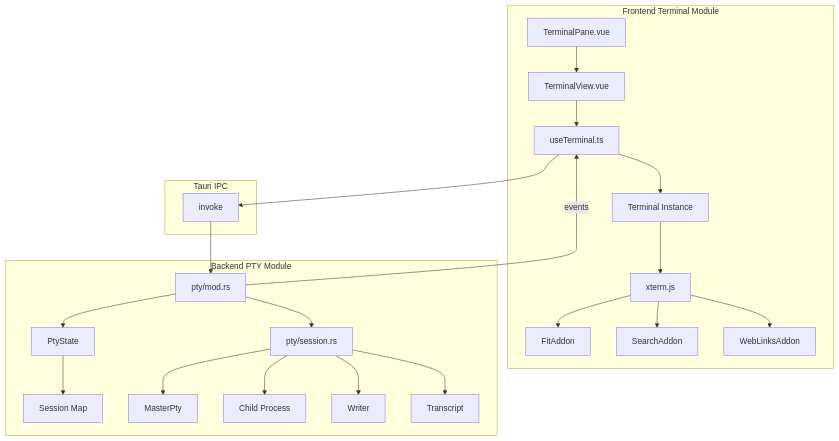
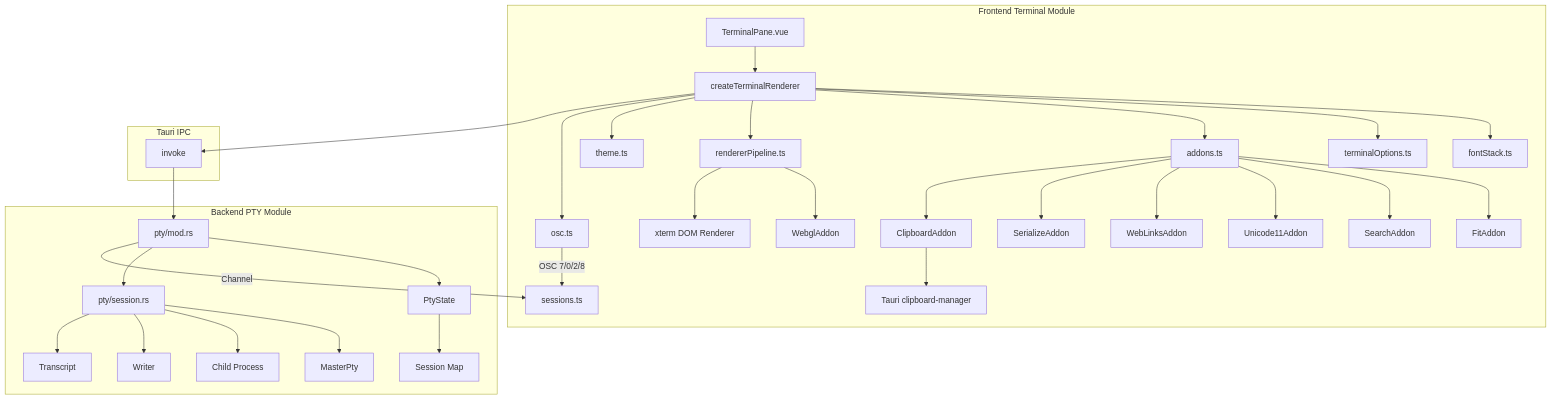
Before and after one commit to xinggaoya/nexterm: the diagram in docs/architecture/terminal/detailed-design.md, drawn with Mermaid. The commit also changed other lines of this file and 31 other files, not shown here.

First line of the commit message:
refactor(terminal): 终端集成彻底重构 — 字体分层 + WebGL→DOM 回退 + 选项聚合

````diff
--- a/docs/architecture/terminal/detailed-design.md
+++ b/docs/architecture/terminal/detailed-design.md
@@ -7,29 +7,39 @@
 ```mermaid
 graph TB
-    subgraph "Frontend Terminal Module"
-        A[TerminalPane.vue] --> B[TerminalView.vue]
-        B --> C[useTerminal.ts]
-        C --> D[Terminal Instance]
-        D --> E[xterm.js]
-        E --> F[FitAddon]
-        E --> G[SearchAddon]
-        E --> H[WebLinksAddon]
-    end
-    
-    subgraph "Backend PTY Module"
-        I[pty/mod.rs] --> J[PtyState]
-        J --> K[Session Map]
-        I --> L[pty/session.rs]
-        L --> M[MasterPty]
-        L --> N[Child Process]
-        L --> O[Writer]
-        L --> P[Transcript]
-    end
-    
-    subgraph "Tauri IPC"
-        Q[invoke] --> I
-        I -->|events| C
-    end
-    
-    C --> Q
+  subgraph "Frontend Terminal Module"
+    A[TerminalPane.vue] --> B[createTerminalRenderer]
+    B --> C[fontStack.ts]
+    B --> D[terminalOptions.ts]
+    B --> E[addons.ts]
+    B --> F[rendererPipeline.ts]
+    B --> G[theme.ts]
+    B --> H[osc.ts]
+    F --> I[WebglAddon]
+    F --> J[xterm DOM Renderer]
+    E --> K[FitAddon]
+    E --> L[SearchAddon]
+    E --> M[Unicode11Addon]
+    E --> N[WebLinksAddon]
+    E --> O[SerializeAddon]
+    E --> P[ClipboardAddon]
+    P --> Q[Tauri clipboard-manager]
+    H -->|OSC 7/0/2/8| R[sessions.ts]
+  end
+
+  subgraph "Backend PTY Module"
+    X[pty/mod.rs] --> Y[PtyState]
+    Y --> Z[Session Map]
+    X --> AA[pty/session.rs]
+    AA --> AB[MasterPty]
+    AA --> AC[Child Process]
+    AA --> AD[Writer]
+    AA --> AE[Transcript]
+  end
+
+  subgraph "Tauri IPC"
+    AF[invoke] --> X
+    X -->|Channel| R
+  end
+
+  B --> AF
 ```
````
